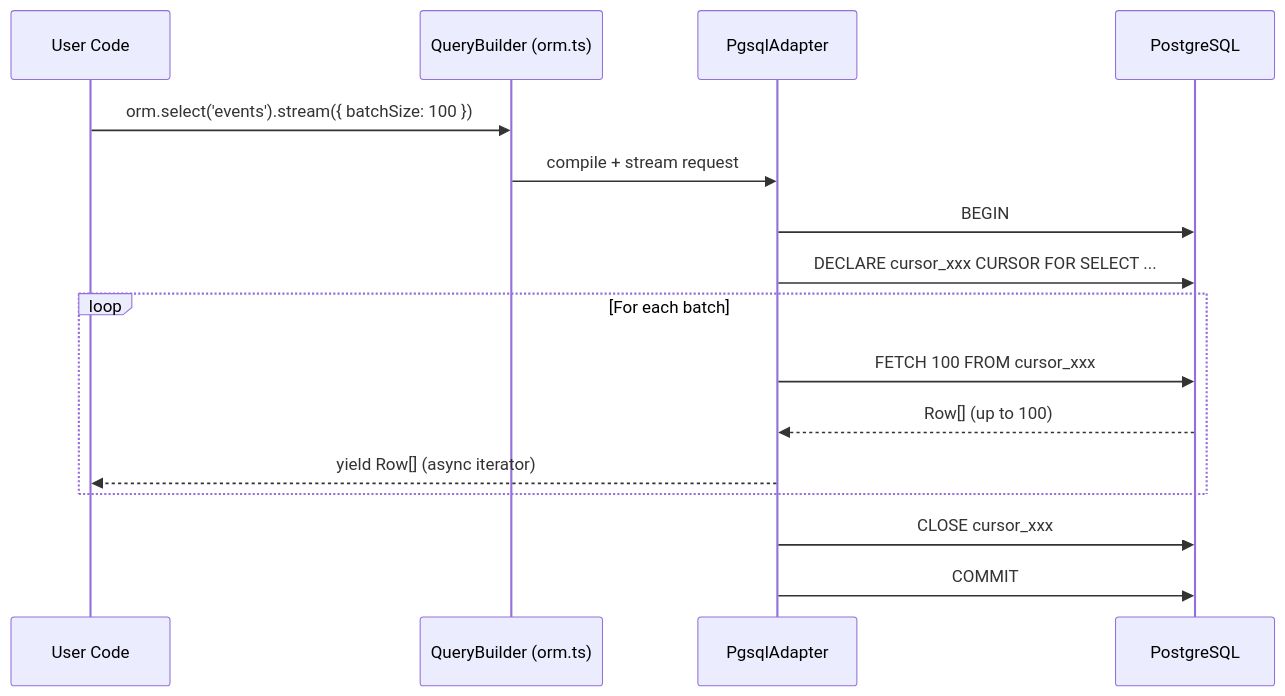
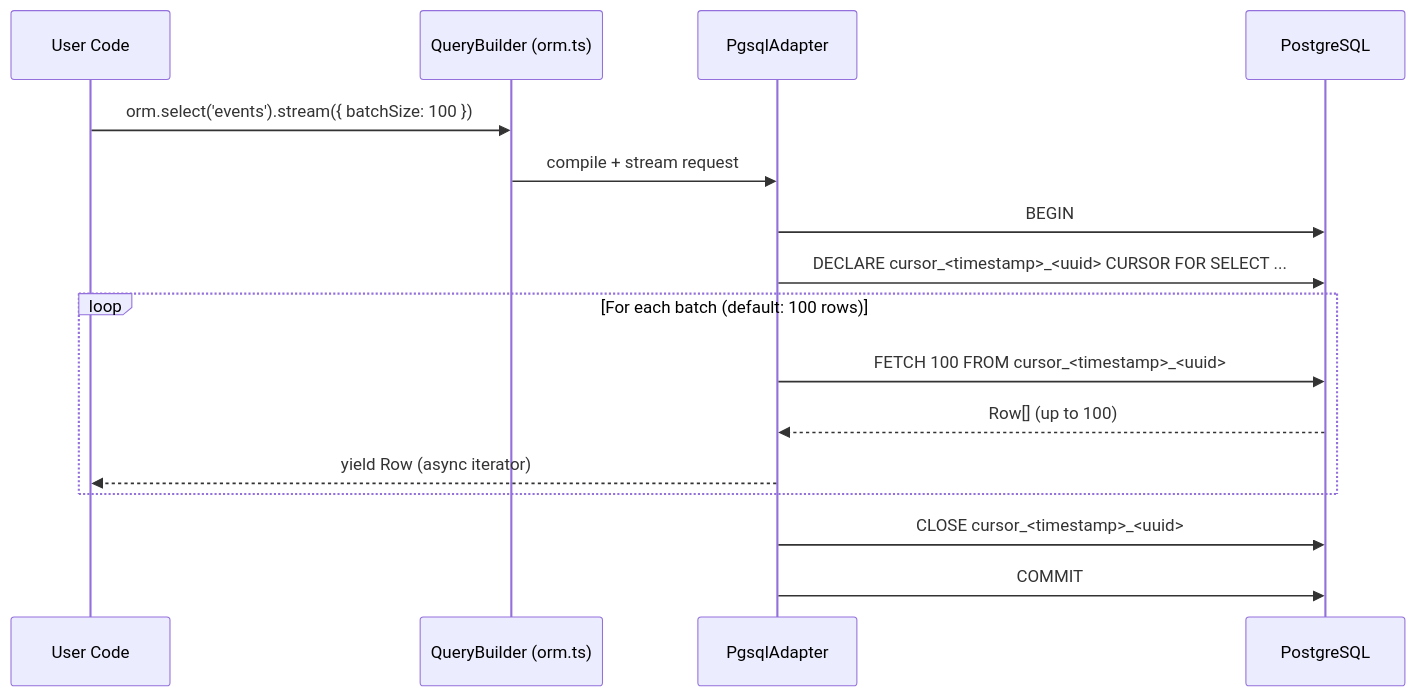
One commit to oorabona/db-semantic-planner changed the sixth of 6 diagrams in docs/audit/DATA-FLOWS.md. Above: the diagram before and after it, drawn with Mermaid. The commit also changed other lines of this file and 9 other files, not shown here.

````diff
--- a/docs/audit/DATA-FLOWS.md
+++ b/docs/audit/DATA-FLOWS.md
@@ -313,19 +317,19 @@
 ```mermaid
 sequenceDiagram
     participant U as User Code
     participant QB as QueryBuilder (orm.ts)
     participant A as PgsqlAdapter
     participant PG as PostgreSQL
 
     U->>QB: orm.select('events').stream({ batchSize: 100 })
     QB->>A: compile + stream request
     A->>PG: BEGIN
-    A->>PG: DECLARE cursor_xxx CURSOR FOR SELECT ...
-    loop For each batch
-        A->>PG: FETCH 100 FROM cursor_xxx
+    A->>PG: DECLARE cursor_<timestamp>_<uuid> CURSOR FOR SELECT ...
+    loop For each batch (default: 100 rows)
+        A->>PG: FETCH 100 FROM cursor_<timestamp>_<uuid>
         PG-->>A: Row[] (up to 100)
-        A-->>U: yield Row[] (async iterator)
+        A-->>U: yield Row (async iterator)
     end
-    A->>PG: CLOSE cursor_xxx
+    A->>PG: CLOSE cursor_<timestamp>_<uuid>
     A->>PG: COMMIT
 ```
````
